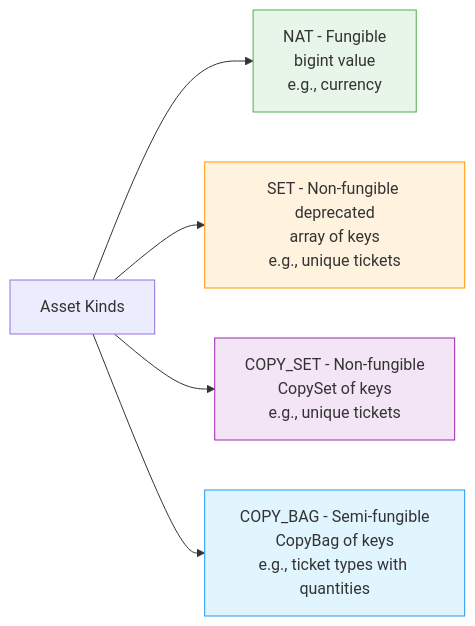
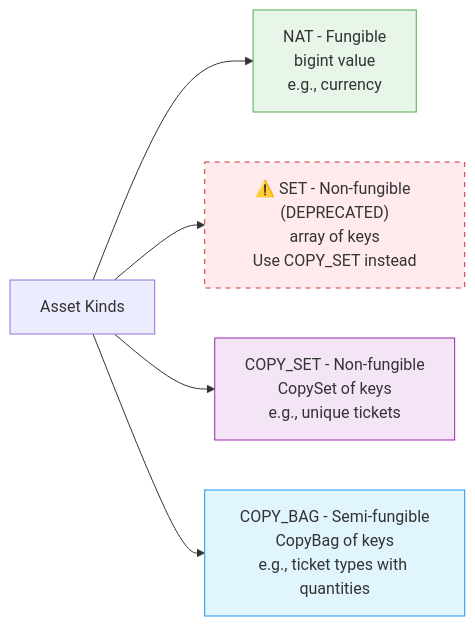
Before and after one commit to Agoric/agoric-sdk: the fourth of 8 diagrams in packages/ERTP/design.md, drawn with Mermaid. The commit also changed other lines of this file, not shown here.

Commit message:
docs(ERTP): Improve diagram clarity - fix payment naming and deprecation display

````diff
--- a/packages/ERTP/design.md
+++ b/packages/ERTP/design.md
@@ -225,14 +225,14 @@
 ```mermaid
 graph LR
     AssetKind[Asset Kinds]
     
     AssetKind --> NAT[NAT - Fungible<br/>bigint value<br/>e.g., currency]
-    AssetKind --> SET[SET - Non-fungible deprecated<br/>array of keys<br/>e.g., unique tickets]
+    AssetKind --> SET["⚠️ SET - Non-fungible (DEPRECATED)<br/>array of keys<br/>Use COPY_SET instead"]
     AssetKind --> COPY_SET[COPY_SET - Non-fungible<br/>CopySet of keys<br/>e.g., unique tickets]
     AssetKind --> COPY_BAG[COPY_BAG - Semi-fungible<br/>CopyBag of keys<br/>e.g., ticket types with quantities]
     
     style NAT fill:#e8f5e9,stroke:#4caf50
-    style SET fill:#fff3e0,stroke:#ff9800
+    style SET fill:#ffebee,stroke:#d32f2f,stroke-dasharray: 5 5
     style COPY_SET fill:#f3e5f5,stroke:#9c27b0
     style COPY_BAG fill:#e1f5ff,stroke:#2196f3
 ```
````
